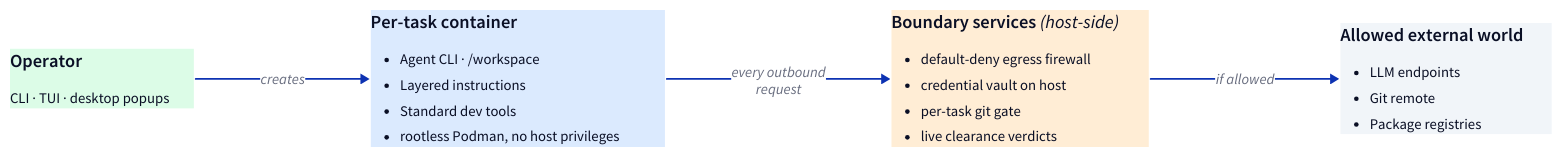
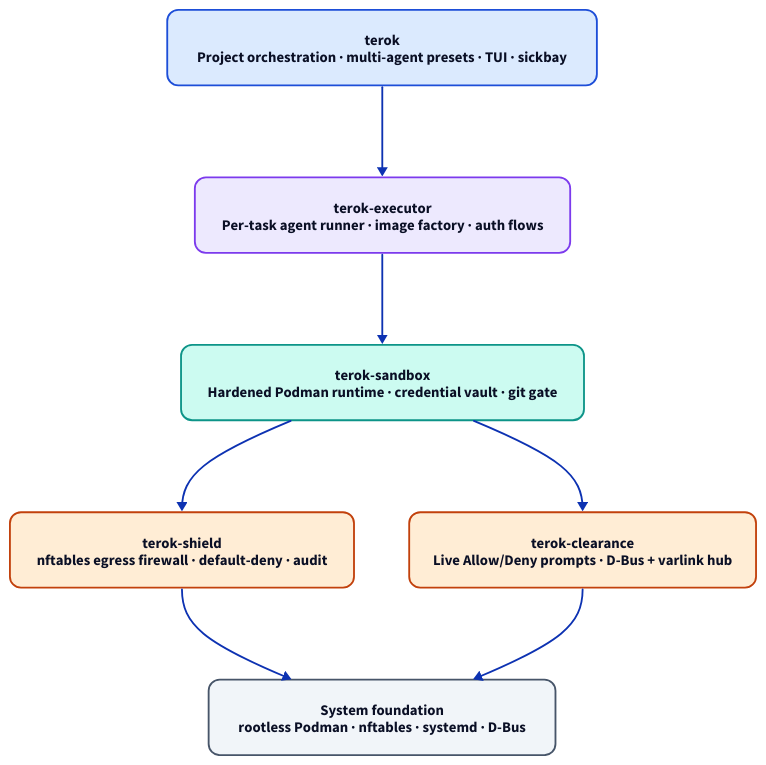
The diagram in docs/img/architecture.d2 (terok-ops/terok), drawn with D2 before and after one commit. The commit also changed 1 other file, not shown here.

Commit message:
docs: revert to package-stack diagram, add per-layer colour + system row
The previous round redesigned the diagram around user-facing layers
(operator · container · boundary · world).  That hid the package
structure that the rest of the docs talks about and felt foreign
once you started reading.

Bring back the Y-shape package stack — terok ⟶ executor ⟶ sandbox
⟶ {shield, clearance} — but tighten it up:

- give every layer a distinct colour so the role reads at a glance
  (orchestration / per-task / runtime / boundary / system),
- add the previously missing **system foundation** row at the bottom
  (rootless Podman · nftables · systemd · D-Bus) so the reader sees
  what we sit on top of,
- switch to ELK with `nodeNodeBetweenLayers=20` and tight padding
  to halve the vertical whitespace between rows,
- drop the verbose connection labels — the colour + position carry
  the same information without the empty space they introduced,
- bake the render command into a comment header at the top of the
  .d2 source so regeneration stays one copy-paste away.

```diff
--- a/docs/img/architecture.d2
+++ b/docs/img/architecture.d2
@@ -1,76 +1,100 @@
+# Render with:
+#   d2 --layout=elk --elk-nodeNodeBetweenLayers=20 \
+#      --elk-padding='[top=4,left=4,bottom=4,right=4]' \
+#      --theme=0 --dark-theme=200 --pad=8 \
+#      architecture.d2 architecture.svg
+# Then strip the page-background rect (the matching rect inside <mask>
+# must stay — it holds the connection arrow routing together):
+#   python3 -c 'import re,sys;p=sys.argv[1];s=open(p).read();\
+#     m=[(x.start(),x.end()) for x in re.finditer(r"<mask\\b.*?</mask>",s,re.S)];\
+#     pat=re.compile(r"<rect x=\"-?\\d+\" y=\"-?\\d+\" width=\"\\d+\" height=\"\\d+\" fill=\"white\"></rect>");\
+#     it=pat.finditer(s);\
+#     [open(p,"w").write(s[:x.start()]+s[x.end():]) for x in it if not any(a<=x.start()<b for a,b in m)][:1]' architecture.svg
+
 vars: {
   d2-config: {
-    pad: 16
+    pad: 8
   }
 }
 
 # Transparent root so the SVG inherits the host page's
 # light/dark background; theme-aware fills handle the rest.
 style.fill: transparent
 
-direction: right
+direction: down
 
-operator: |md
-  ### Operator
-  CLI · TUI ·
-  desktop popups
-| {
-  width: 200
-  style: {
-    fill: "#dcfce7"
-    stroke: "#15803d"
-    stroke-width: 2
-    border-radius: 14
+# Per-layer palette: each layer of the stack carries a distinct hue
+# so the colour by itself reads as "what kind of thing is this?"
+classes: {
+  orchestration: {
+    style: {
+      fill: "#dbeafe"
+      stroke: "#1d4ed8"
+      stroke-width: 2
+      border-radius: 12
+    }
+  }
+  pertask: {
+    style: {
+      fill: "#ede9fe"
+      stroke: "#7c3aed"
+      stroke-width: 2
+      border-radius: 12
+    }
+  }
+  runtime: {
+    style: {
+      fill: "#ccfbf1"
+      stroke: "#0d9488"
+      stroke-width: 2
+      border-radius: 12
+    }
+  }
+  boundary: {
+    style: {
+      fill: "#ffedd5"
+      stroke: "#c2410c"
+      stroke-width: 2
+      border-radius: 12
+    }
+  }
+  system: {
+    style: {
+      fill: "#f1f5f9"
+      stroke: "#475569"
+      stroke-width: 2
+      border-radius: 12
+    }
   }
 }
 
-container: |md
-  ### Per-task container
-  - Agent CLI · /workspace
-  - Layered instructions
-  - Standard dev tools
-  - rootless Podman, no host privileges
-| {
-  width: 320
-  style: {
-    fill: "#dbeafe"
-    stroke: "#1d4ed8"
-    stroke-width: 2
-    border-radius: 14
-  }
+terok: "terok\nProject orchestration · multi-agent presets · TUI · sickbay" {
+  class: orchestration
 }
 
-boundary: |md
-  ### Boundary services *(host-side)*
-  - default-deny egress firewall
-  - credential vault on host
-  - per-task git gate
-  - live clearance verdicts
-| {
-  width: 280
-  style: {
-    fill: "#ffedd5"
-    stroke: "#c2410c"
-    stroke-width: 2
-    border-radius: 14
-  }
+executor: "terok-executor\nPer-task agent runner · image factory · auth flows" {
+  class: pertask
 }
 
-world: |md
-  ### Allowed external world
-  - LLM endpoints
-  - Git remote
-  - Package registries
-| {
-  width: 230
-  style: {
-    fill: "#f1f5f9"
-    stroke: "#475569"
-    stroke-width: 2
-    border-radius: 14
-  }
+sandbox: "terok-sandbox\nHardened Podman runtime · credential vault · git gate" {
+  class: runtime
 }
 
-operator -> container: "creates"
-container -> boundary: "every outbound\nrequest"
-boundary -> world: "if allowed"
+shield: "terok-shield\nnftables egress firewall · default-deny · audit" {
+  class: boundary
+}
+
+clearance: "terok-clearance\nLive Allow/Deny prompts · D-Bus + varlink hub" {
+  class: boundary
+}
+
+system: "System foundation\nrootless Podman · nftables · systemd · D-Bus" {
+  class: system
+}
+
+terok -> executor
+executor -> sandbox
+sandbox -> shield
+sandbox -> clearance
+shield -> system
+clearance -> system
```
